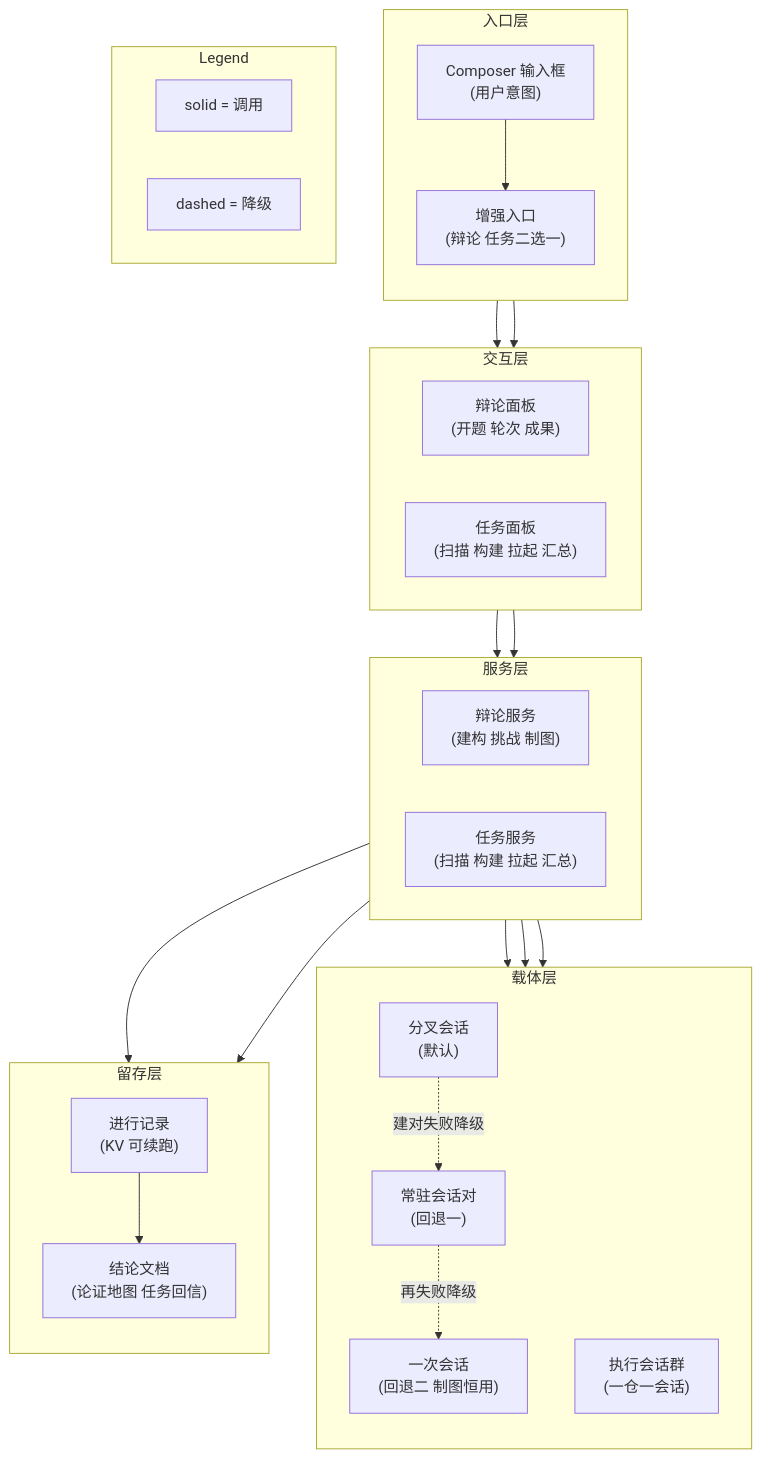
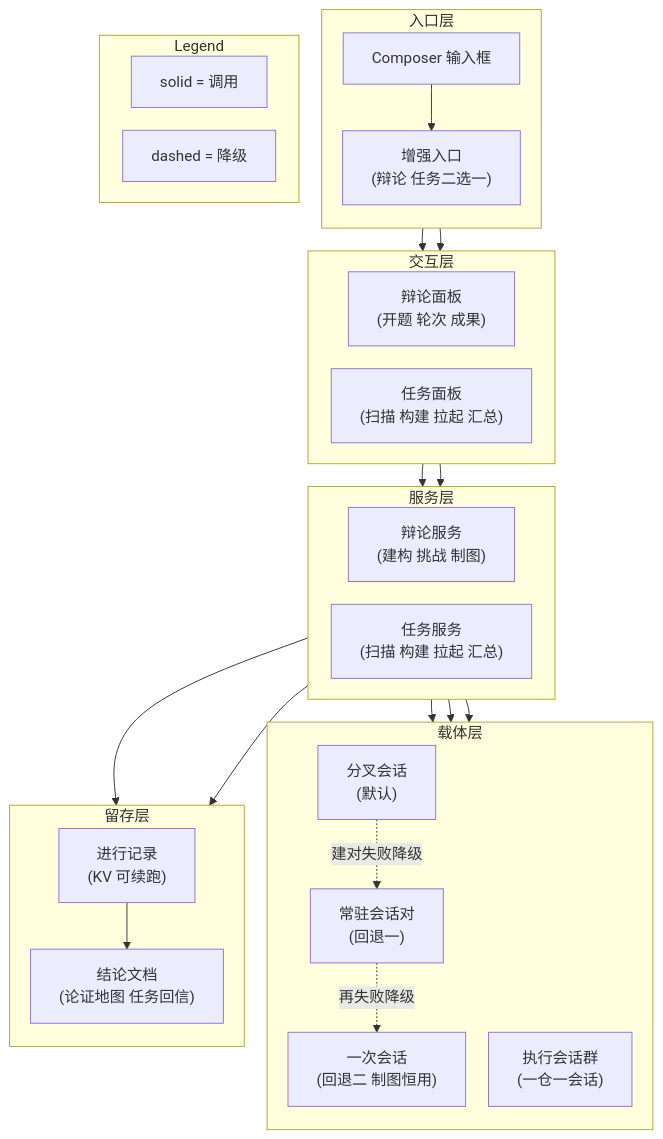
Before and after one commit to doubleelec/dsh-debate: the second of 4 diagrams in docs/architecture.md, drawn with Mermaid.

Commit message:
docs: tighten decomposition diagram spacing via per-chart init
- rankSpacing 40 to 24 for this chart only; global default untouched

- Offline geometry verified: intra-rank 104 to 88, inter-rank 144 to 112

````diff
--- a/docs/architecture.md
+++ b/docs/architecture.md
@@ -86,50 +86,51 @@
 ```mermaid
+%%{init: {"flowchart": {"rankSpacing": 24, "nodeSpacing": 24}}}%%
 flowchart TD
     subgraph Entry["入口层"]
         direction TB
-        composer["Composer 输入框<br/>(用户意图)"]
+        composer["Composer 输入框"]
         menu["增强入口<br/>(辩论 任务二选一)"]
         composer --> menu
     end
     subgraph Face["交互层"]
         direction LR
         debateUI["辩论面板<br/>(开题 轮次 成果)"]
         taskUI["任务面板<br/>(扫描 构建 拉起 汇总)"]
     end
     subgraph Service["服务层"]
         direction LR
         debateSvc["辩论服务<br/>(建构 挑战 制图)"]
         taskSvc["任务服务<br/>(扫描 构建 拉起 汇总)"]
     end
     subgraph Carry["载体层"]
         direction TB
         fork["分叉会话<br/>(默认)"]
         resident["常驻会话对<br/>(回退一)"]
         oneshot["一次会话<br/>(回退二 制图恒用)"]
         taskGroup["执行会话群<br/>(一仓一会话)"]
     end
     subgraph Keep["留存层"]
         direction TB
         kv["进行记录<br/>(KV 可续跑)"]
         docs["结论文档<br/>(论证地图 任务回信)"]
         kv --> docs
     end
 
     menu --> debateUI
     menu --> taskUI
     debateUI --> debateSvc
     taskUI --> taskSvc
     debateSvc --> fork
     fork -.->|建对失败降级| resident
     resident -.->|再失败降级| oneshot
     debateSvc --> oneshot
     taskSvc --> taskGroup
     debateSvc --> kv
     taskSvc --> kv
 
     subgraph Legend["Legend"]
         direction LR
         L1["solid = 调用"]
         L2["dashed = 降级"]
     end
 ```
````
